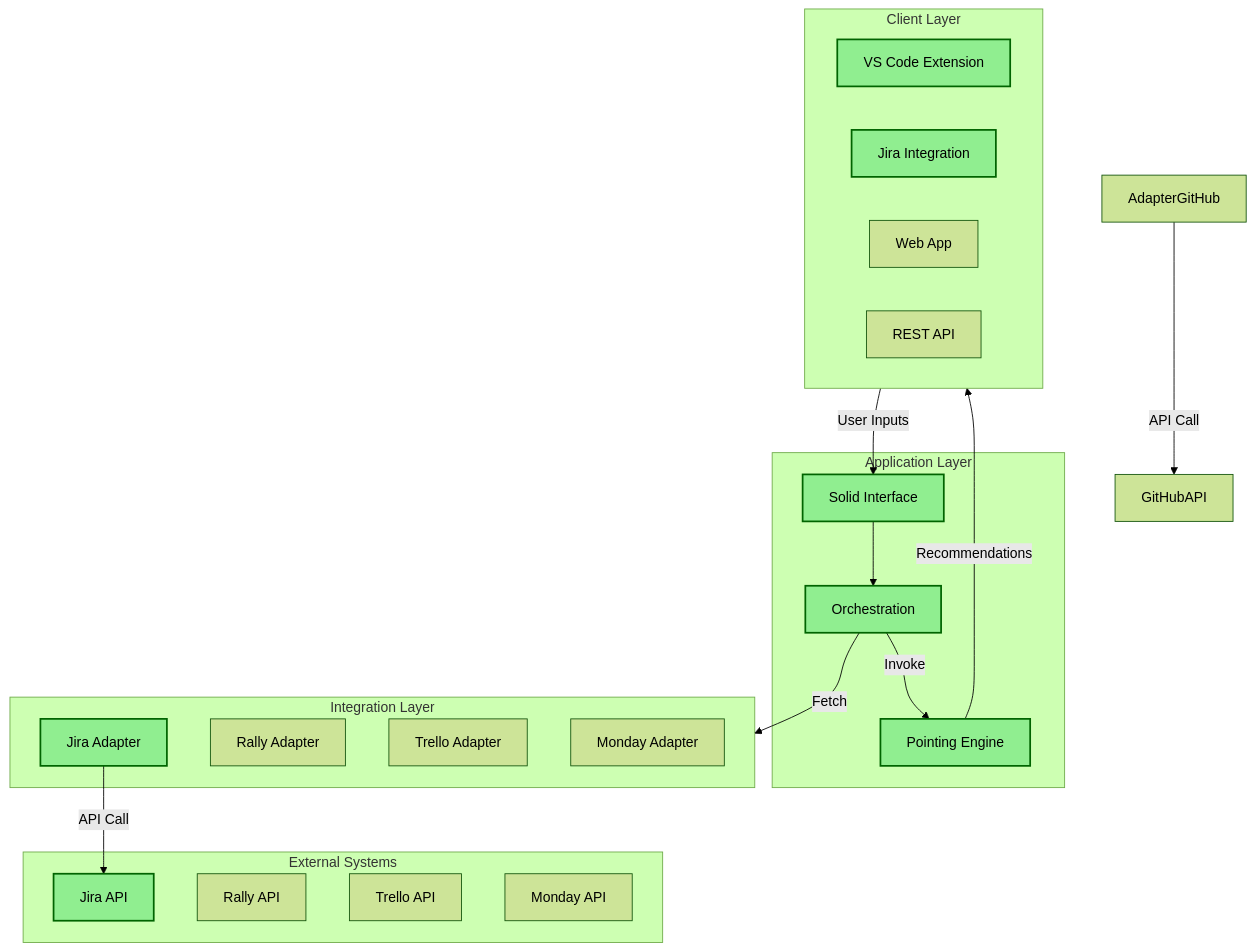
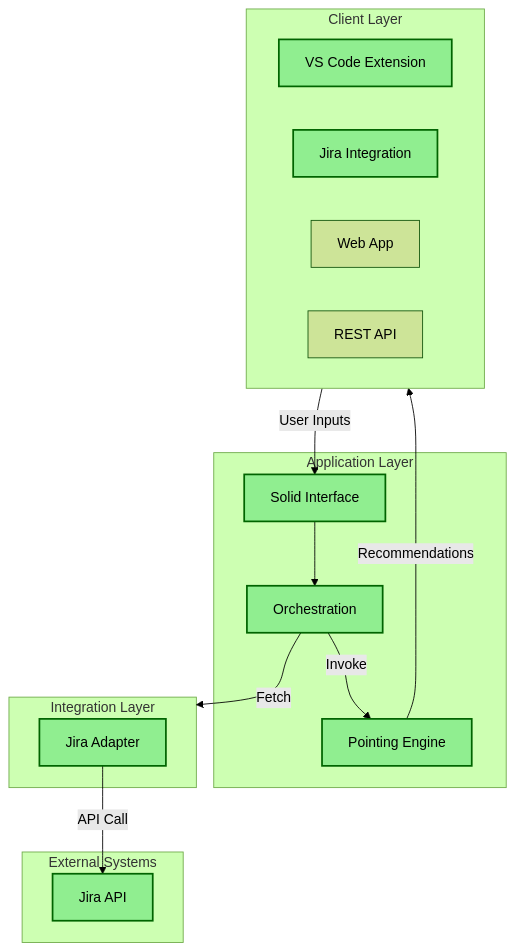
The diagram in ARCHITECTURE.mmd (stevenrein20/point.less), drawn with Mermaid (forest theme) before and after one commit.

Commit message:
docs: remove unused adapters and APIs from architecture diagram
Clean up the architecture diagram by removing references to Rally, Trello, and Monday adapters and APIs, as they are no longer part of the system. This improves clarity and accuracy of the documentation.

```diff
--- a/ARCHITECTURE.mmd
+++ b/ARCHITECTURE.mmd
@@ -1,41 +1,36 @@
 
 graph TD
 
 %% Style definitions for completed components
 classDef completed fill:#90EE90,stroke:#006400,stroke-width:2px
 
 subgraph Client[Client Layer]
     UI2[VS Code Extension]:::completed
     UI3[Jira Integration]:::completed
     %% Web App - Should store context (ref stories, custom instruction). Should also have a way to download it to some file format like .pointless. in local storage. Should authenicate to Jira to pull stories, should have fields to do stories locally too, OpenAI should use my Key and we should have Firebase Auth.
     UI4[Web App] 
     UI5[REST API]
 end
 
 subgraph Logic[Application Layer]
     Interface[Solid Interface]:::completed
     Orchestration[Orchestration]:::completed
     CoreEngine[Pointing Engine]:::completed
 end
 
 subgraph Integration[Integration Layer]
     AdapterJira[Jira Adapter]:::completed
-    AdapterRally[Rally Adapter]
-    AdapterTrello[Trello Adapter]
-    AdapterMonday[Monday Adapter]
+ 
 end
 
 subgraph External[External Systems]
     JiraAPI[Jira API]:::completed
-    RallyAPI[Rally API]
-    TrelloAPI[Trello API]
-    MondayAPI[Monday API]
+
 end
 
 Client -->|User Inputs| Interface
 Interface --> Orchestration
 Orchestration -->|Fetch| Integration
 AdapterJira -->|API Call| JiraAPI
-AdapterGitHub -->|API Call| GitHubAPI
 Orchestration -->|Invoke| CoreEngine
 CoreEngine -->|Recommendations| Client
```
